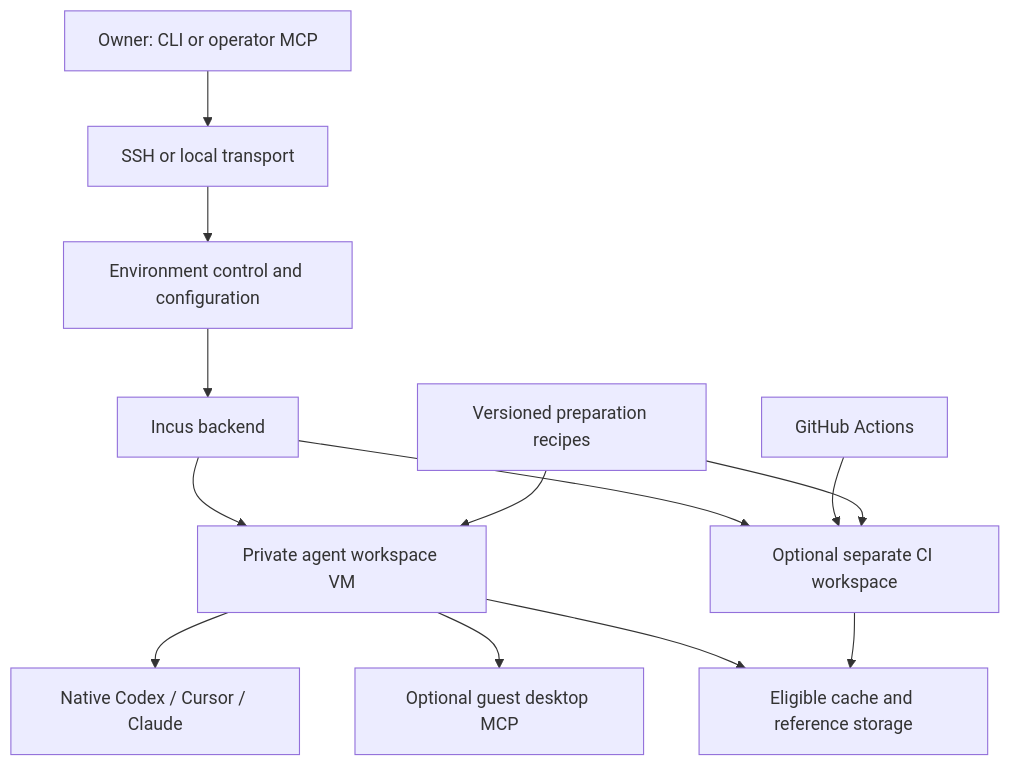
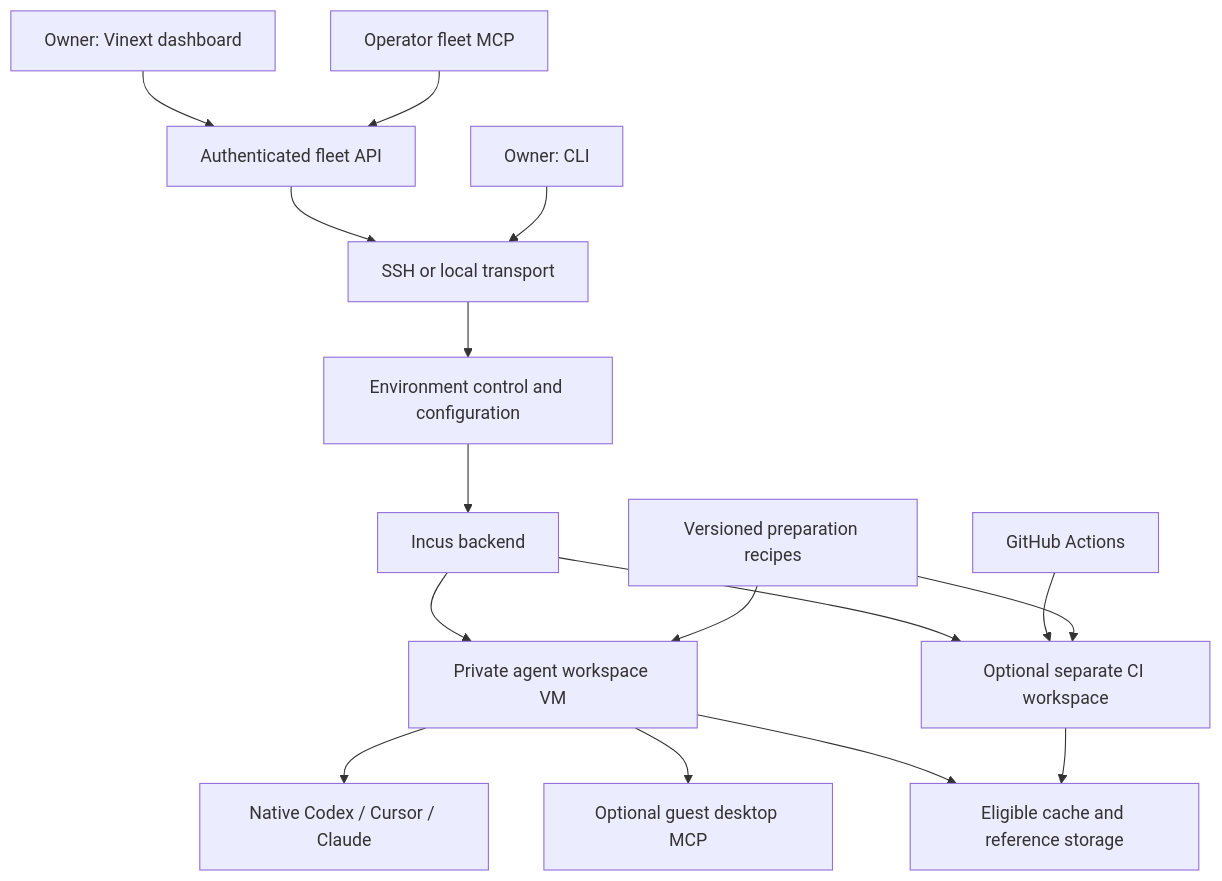
Before and after one commit to coop-collective/enginebox: the diagram in docs/DESIGN.md, drawn with Mermaid. The commit also changed other lines of this file and 52 other files, not shown here.

````diff
--- a/docs/DESIGN.md
+++ b/docs/DESIGN.md
@@ -13,15 +13,18 @@
 ```mermaid
 flowchart TD
-  O[Owner: CLI or operator MCP] --> T[SSH or local transport]
+  W[Owner: Vinext dashboard] --> F[Authenticated fleet API]
+  M[Operator fleet MCP] --> F
+  F --> T[SSH or local transport]
+  O[Owner: CLI] --> T
   T --> C[Environment control and configuration]
   C --> I[Incus backend]
   I --> A[Private agent workspace VM]
   A --> N[Native Codex / Cursor / Claude]
   A --> D[Optional guest desktop MCP]
   I --> B[Optional separate CI workspace]
   G[GitHub Actions] --> B
   A --> S[Eligible cache and reference storage]
   B --> S
   R[Versioned preparation recipes] --> A
   R --> B
 ```
````
